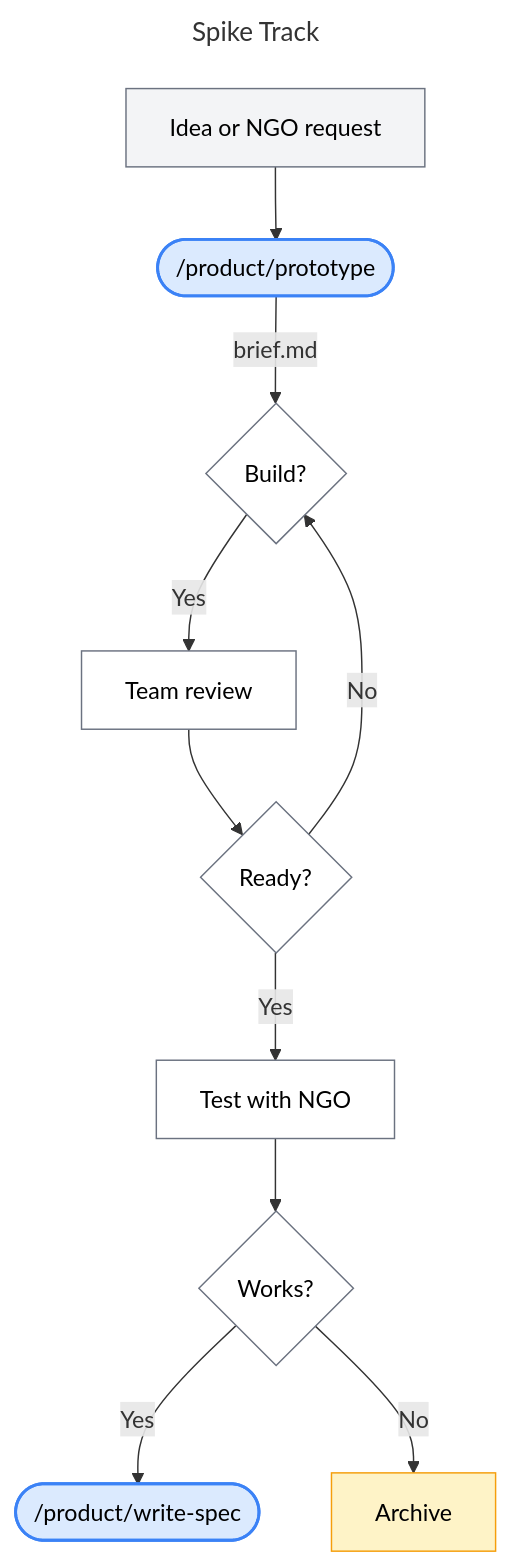
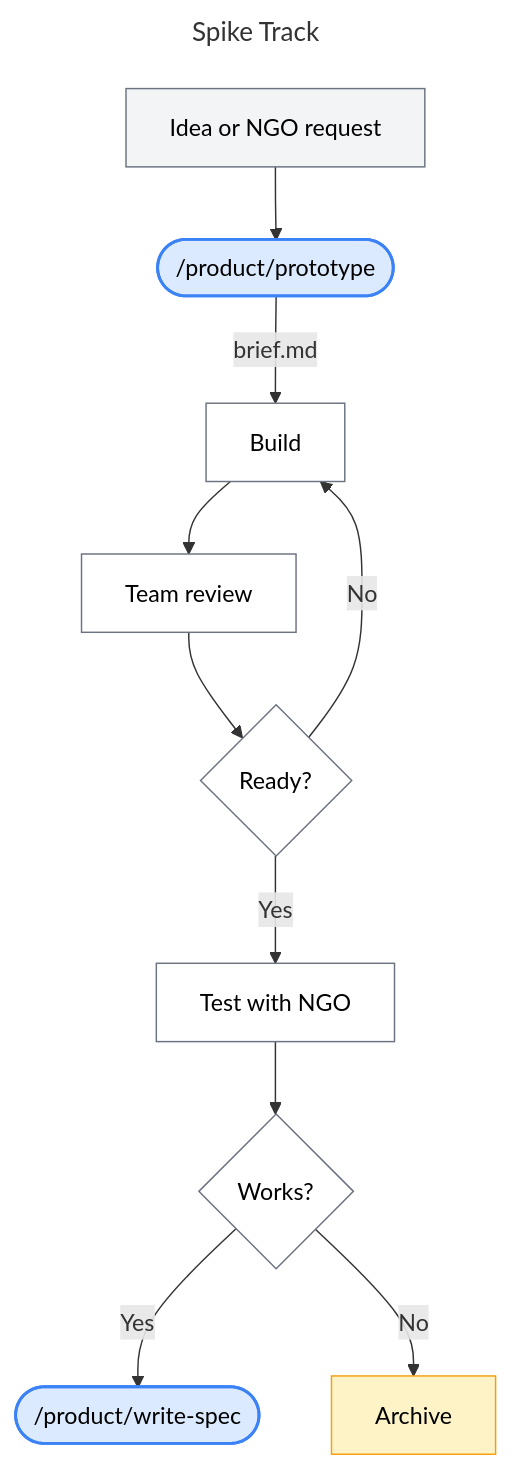
The first of 2 diagrams in README.md (DalgoT4D/dalgo-core), drawn with Mermaid before and after one commit.

````diff
--- a/README.md
+++ b/README.md
@@ -58,25 +58,25 @@
 ```mermaid
 ---
 title: Spike Track
 ---
 flowchart TD
     A["Idea or NGO request"] --> B(["/product/prototype"])
-    B --> |"brief.md"| C{"Build?"}
-    C --> |Yes| D["Team review"]
+    B --> |"brief.md"| C["Build"]
+    C --> D["Team review"]
     D --> R{Ready?}
     R --> |Yes| F["Test with NGO"]
     R --> |No| C
     F --> G{Works?}
     G --> |Yes| H(["/product/write-spec"])
     G --> |No| I["Archive"]
 
     style A fill:#f3f4f6,stroke:#6b7280,color:#000
     style B fill:#dbeafe,stroke:#3b82f6,color:#000,stroke-width:2px
     style C fill:#fff,stroke:#6b7280,color:#000
     style D fill:#fff,stroke:#6b7280,color:#000
     style R fill:#fff,stroke:#6b7280,color:#000
     style F fill:#fff,stroke:#6b7280,color:#000
     style G fill:#fff,stroke:#6b7280,color:#000
     style H fill:#dbeafe,stroke:#3b82f6,color:#000,stroke-width:2px
     style I fill:#fef3c7,stroke:#f59e0b,color:#000
 ```
````
